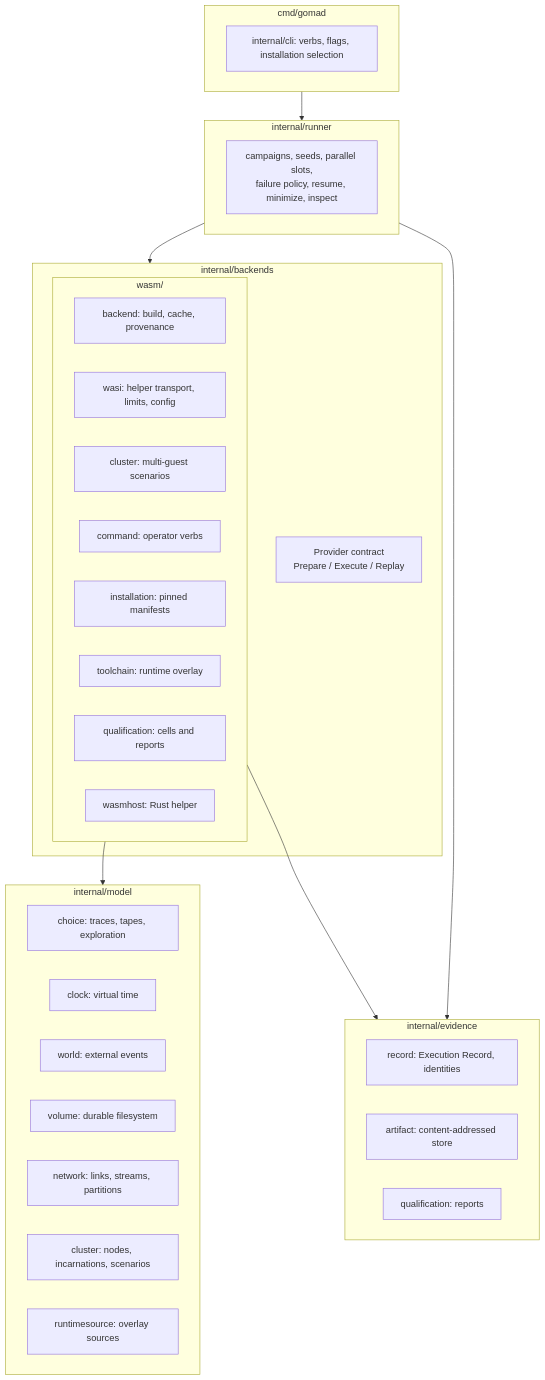
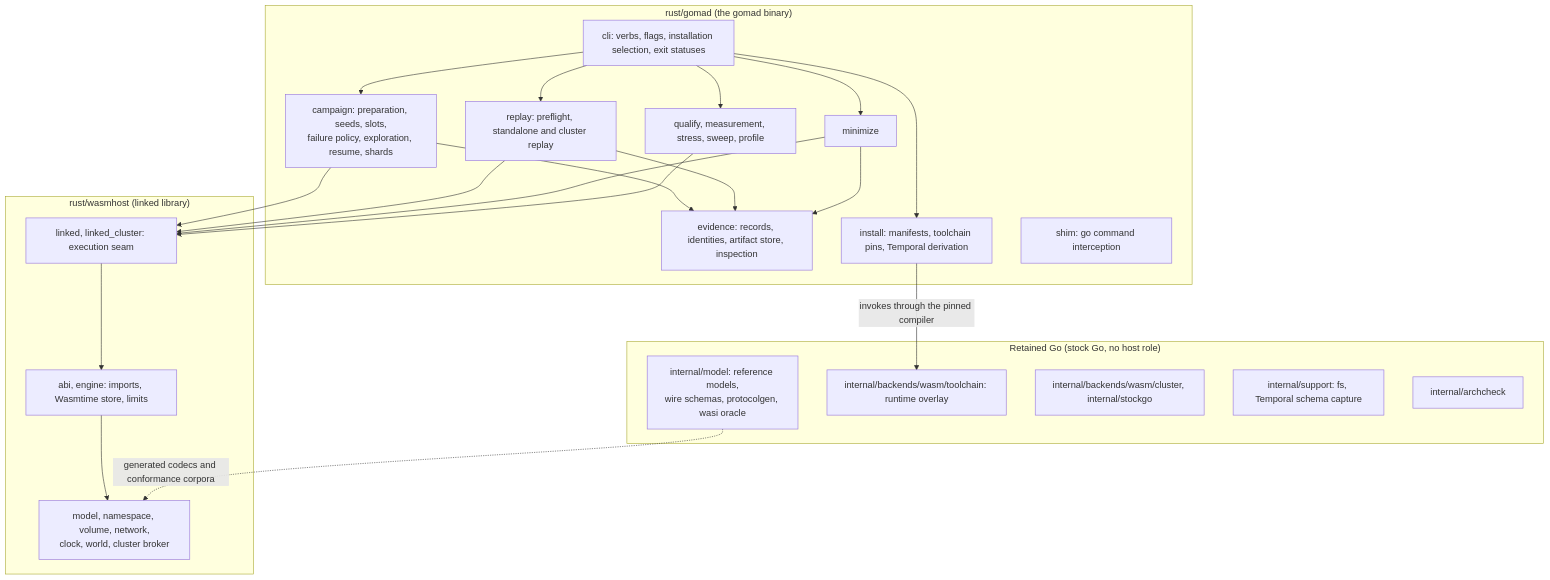
Before and after one commit to stephanos/temporal: the second of 7 diagrams in tools/gomad/ARCHITECTURE.md, drawn with Mermaid. The commit also changed other lines of this file and 8 other files, not shown here.

First line of the commit message:
gomad: close fn-232.13 retirement gaps on the Rust host

````diff
--- a/tools/gomad/ARCHITECTURE.md
+++ b/tools/gomad/ARCHITECTURE.md
@@ -64,40 +63,31 @@
 ```mermaid
 flowchart TB
-    subgraph CLI["cmd/gomad"]
-        cli[internal/cli: verbs, flags, installation selection]
+    subgraph HOST["rust/gomad (the gomad binary)"]
+        cli[cli: verbs, flags, installation selection, exit statuses]
+        campaign[campaign: preparation, seeds, slots,<br/>failure policy, exploration, resume, shards]
+        replay[replay: preflight, standalone and cluster replay]
+        minimize[minimize]
+        evidence[evidence: records, identities, artifact store, inspection]
+        install[install: manifests, toolchain pins, Temporal derivation]
+        qualify[qualify, measurement, stress, sweep, profile]
+        shim[shim: go command interception]
     end
-    subgraph RUN["internal/runner"]
-        runner[campaigns, seeds, parallel slots,<br/>failure policy, resume, minimize, inspect]
+    subgraph ENGINE["rust/wasmhost (linked library)"]
+        linked[linked, linked_cluster: execution seam]
+        abi[abi, engine: imports, Wasmtime store, limits]
+        models[model, namespace, volume, network,<br/>clock, world, cluster broker]
     end
-    subgraph BE["internal/backends"]
-        contract[Provider contract<br/>Prepare / Execute / Replay]
-        subgraph WASM["wasm/"]
-            backend[backend: build, cache, provenance]
-            wasi[wasi: helper transport, limits, config]
-            cluster[cluster: multi-guest scenarios]
-            command[command: operator verbs]
-            installation[installation: pinned manifests]
-            toolchain[toolchain: runtime overlay]
-            qualification[qualification: cells and reports]
-            wasmhost[wasmhost: Rust helper]
-        end
+    subgraph GO["Retained Go (stock Go, no host role)"]
+        modelgo[internal/model: reference models,<br/>wire schemas, protocolgen, wasi oracle]
+        toolchain[internal/backends/wasm/toolchain: runtime overlay]
+        wasmref[internal/backends/wasm/cluster, internal/stockgo]
+        support[internal/support: fs, Temporal schema capture]
+        archcheck[internal/archcheck]
     end
-    subgraph MODEL["internal/model"]
-        choice[choice: traces, tapes, exploration]
-        clock[clock: virtual time]
-        world[world: external events]
-        volume[volume: durable filesystem]
-        network[network: links, streams, partitions]
-        clustermodel[cluster: nodes, incarnations, scenarios]
-        runtimesource[runtimesource: overlay sources]
-    end
-    subgraph EV["internal/evidence"]
-        record[record: Execution Record, identities]
-        artifact[artifact: content-addressed store]
-        qual[qualification: reports]
-    end
-    CLI --> RUN --> BE
-    WASM --> MODEL
-    RUN --> EV
-    WASM --> EV
+    cli --> campaign & replay & minimize & install & qualify
+    campaign & replay & minimize --> evidence
+    campaign & replay & minimize & qualify --> linked
+    linked --> abi --> models
+    install -->|invokes through the pinned compiler| toolchain
+    modelgo -. generated codecs and conformance corpora .-> models
 ```
````
